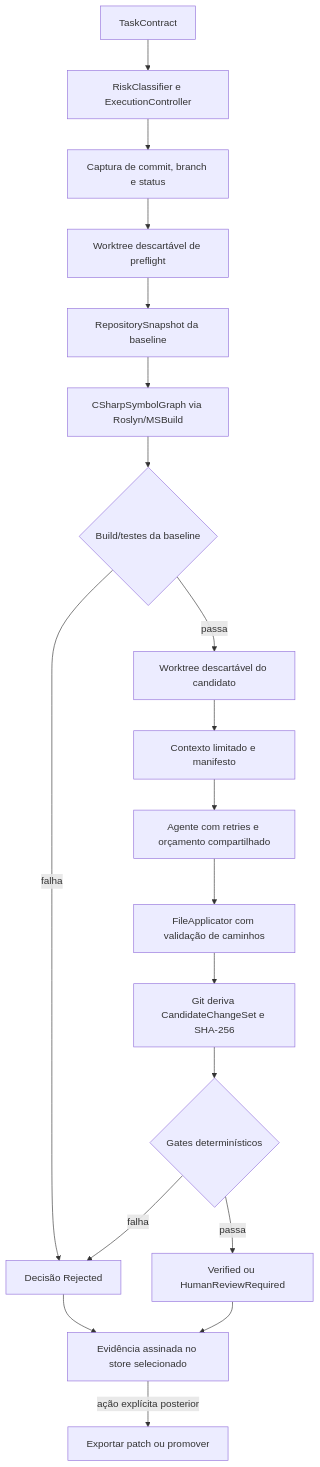
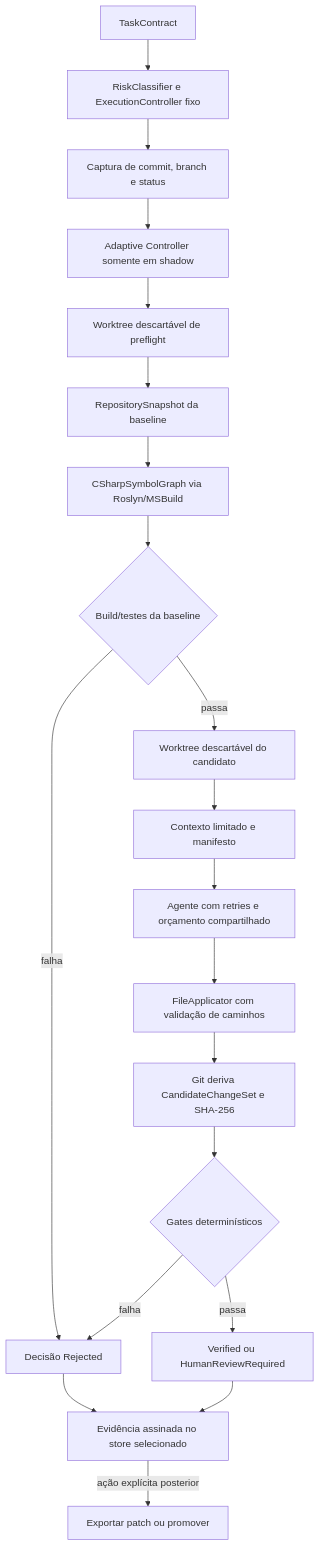
Before and after one commit to Fernandorsoul/AECS_FUNDA-O-TECNICA: the diagram in docs/architecture.md, drawn with Mermaid. The commit also changed other lines of this file and 18 other files, not shown here.

Commit message:
feat: integrate adaptive controller shadow mode

````diff
--- a/docs/architecture.md
+++ b/docs/architecture.md
@@ -16,21 +16,22 @@
 ```mermaid
 flowchart TD
-    A[TaskContract] --> B[RiskClassifier e ExecutionController]
+    A[TaskContract] --> B[RiskClassifier e ExecutionController fixo]
     B --> C[Captura de commit, branch e status]
-    C --> D[Worktree descartável de preflight]
+    C --> AS[Adaptive Controller somente em shadow]
+    AS --> D[Worktree descartável de preflight]
     D --> S[RepositorySnapshot da baseline]
     S --> SG[CSharpSymbolGraph via Roslyn/MSBuild]
     SG --> E{Build/testes da baseline}
     E -->|falha| X[Decisão Rejected]
     E -->|passa| F[Worktree descartável do candidato]
     F --> G[Contexto limitado e manifesto]
     G --> H[Agente com retries e orçamento compartilhado]
     H --> I[FileApplicator com validação de caminhos]
     I --> J[Git deriva CandidateChangeSet e SHA-256]
     J --> K{Gates determinísticos}
     K -->|falha| X
     K -->|passa| L[Verified ou HumanReviewRequired]
     X --> M[Evidência assinada no store selecionado]
     L --> M
     M -->|ação explícita posterior| N[Exportar patch ou promover]
 ```
````
